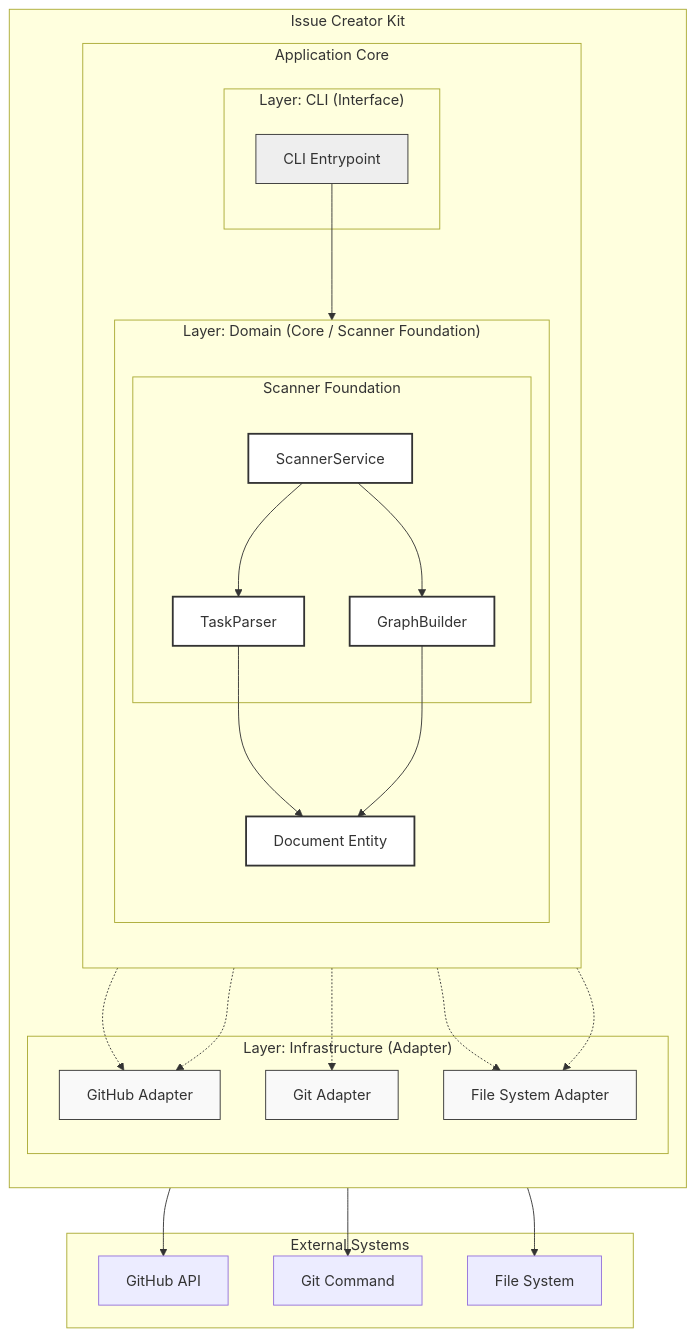
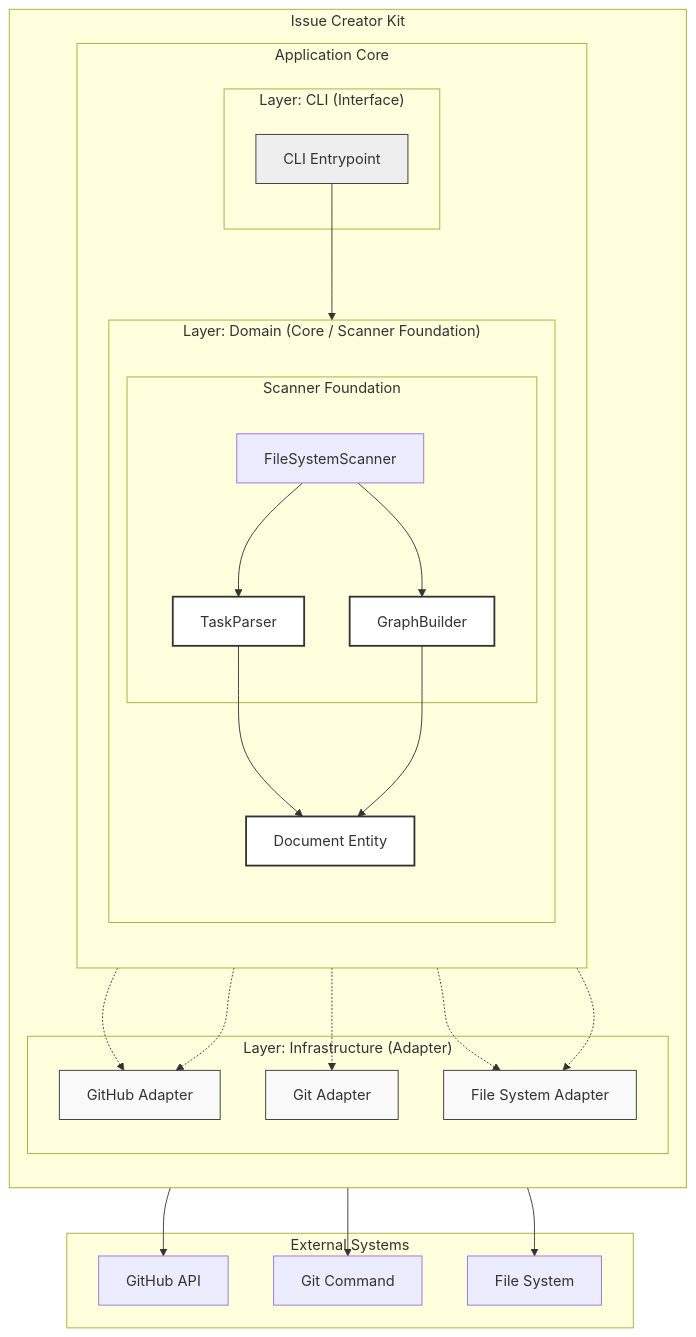
One commit to masa-codehub/issue_creator_kit changed the diagram in docs/architecture/arch-structure-issue-kit.md. Above: the diagram before and after it, drawn with Mermaid. The commit also changed other lines of this file and 4 other files, not shown here.

Commit message:
docs: PR #317 レビュー指摘への対応（図面と用語の整合性向上）

````diff
--- a/docs/architecture/arch-structure-issue-kit.md
+++ b/docs/architecture/arch-structure-issue-kit.md
@@ -8,68 +8,68 @@
 ```mermaid
 graph TB
     %% Definitions
     subgraph "External Systems"
         GH[GitHub API]
         GIT[Git Command]
         FS[File System]
     end
 
     subgraph "Issue Creator Kit"
         direction TB
         
         subgraph "Application Core"
             direction TB
             subgraph "Layer: CLI (Interface)"
                 CLI[CLI Entrypoint]
             end
 
             subgraph "Layer: Domain (Core / Scanner Foundation)"
                 direction TB
                 subgraph "Scanner Foundation"
-                    SVC_SCAN[ScannerService]
+                    FSS[FileSystemScanner]
                     Parser[TaskParser]
                     Builder[GraphBuilder]
                 end
                 DOM_DOC[Document Entity]
             end
         end
 
         subgraph "Layer: Infrastructure (Adapter)"
             INF_GH[GitHub Adapter]
             INF_GIT[Git Adapter]
             INF_FS[File System Adapter]
         end
     end
 
     %% Dependencies (Solid: Source Code Dependency, Dotted: Runtime Flow/DI)
-    CLI --> SVC_SCAN
-    SVC_SCAN --> Parser
-    SVC_SCAN --> Builder
+    CLI --> FSS
+    FSS --> Parser
+    FSS --> Builder
     
     %% Dependency Injection
     CLI -.-> INF_GH
     CLI -.-> INF_GIT
     CLI -.-> INF_FS
 
     %% Service dependencies
     Parser --> DOM_DOC
     Builder --> DOM_DOC
     
     %% Infrastructure Dependencies (Inversion of Control)
-    SVC_SCAN -.-> INF_GH
-    SVC_SCAN -.-> INF_FS
+    FSS -.-> INF_GH
+    FSS -.-> INF_FS
     
     %% Infra Implementation
     INF_GH --> GH
     INF_GIT --> GIT
     INF_FS --> FS
 
     %% Styling
     classDef cli fill:#eee,stroke:#333
     classDef domain fill:#fff,stroke:#333,stroke-width:2px
     classDef infra fill:#f9f9f9,stroke:#333
 
     class CLI cli
     class SVC_SCAN,Parser,Builder,DOM_DOC domain
     class INF_GH,INF_GIT,INF_FS infra
 ```
````
